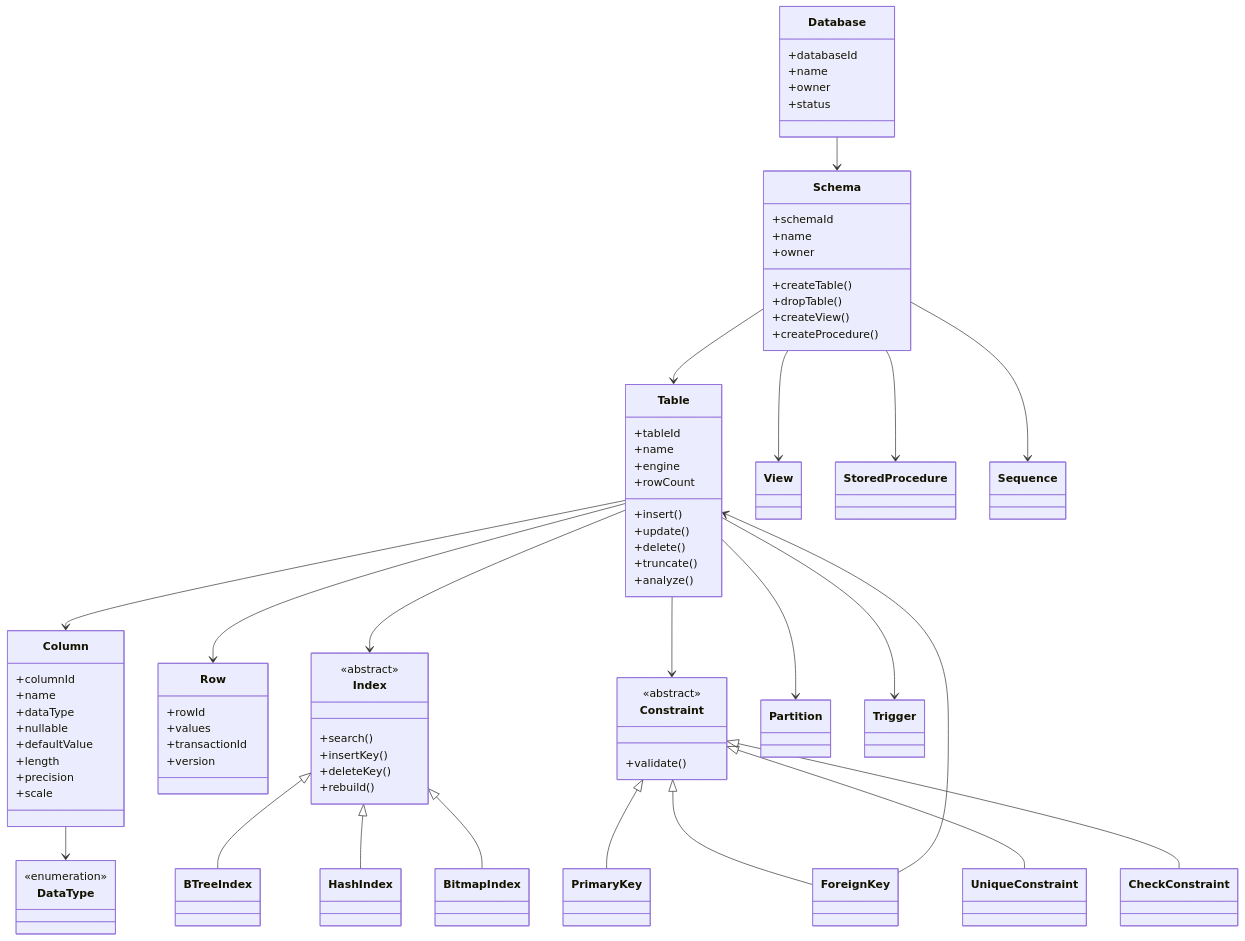
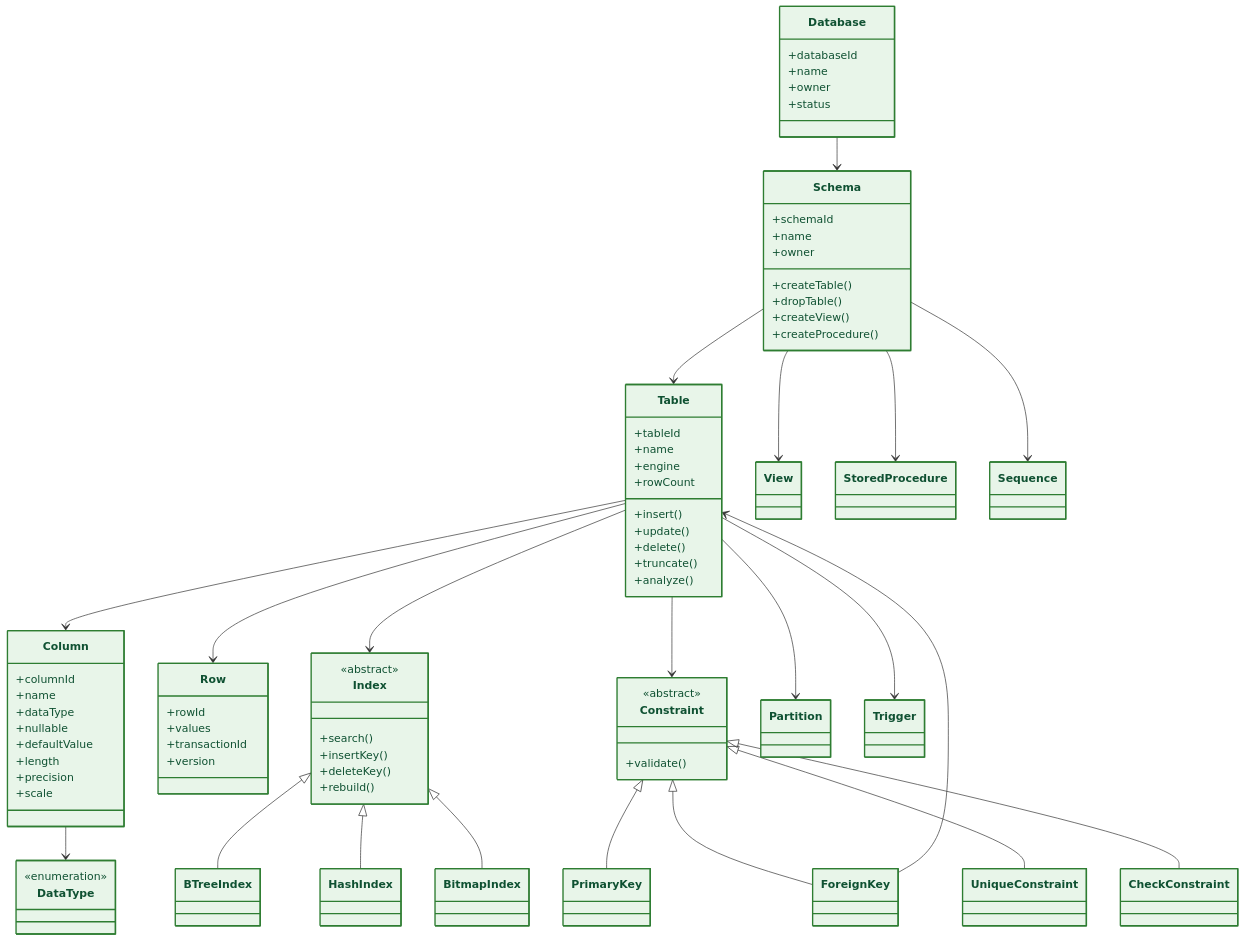
The fifth of 19 diagrams in docs/README.md (Huy1801214/dbms-architecture), drawn with Mermaid before and after one commit. The commit also changed other lines of this file, not shown here.

Commit message:
add system architecture and class diagrams for DBMS design

````diff
--- a/docs/README.md
+++ b/docs/README.md
@@ -638,4 +751,28 @@
 Index <|-- BitmapIndex
 
 ForeignKey --> Table
+
+%% =====================================================
+%% STYLING DEFINITIONS
+%% =====================================================
+style Database fill:#e8f5e9,stroke:#2e7d32,stroke-width:2px,color:#0f5132
+style Schema fill:#e8f5e9,stroke:#2e7d32,stroke-width:2px,color:#0f5132
+style Table fill:#e8f5e9,stroke:#2e7d32,stroke-width:2px,color:#0f5132
+style Column fill:#e8f5e9,stroke:#2e7d32,stroke-width:2px,color:#0f5132
+style Row fill:#e8f5e9,stroke:#2e7d32,stroke-width:2px,color:#0f5132
+style DataType fill:#e8f5e9,stroke:#2e7d32,stroke-width:2px,color:#0f5132
+style Constraint fill:#e8f5e9,stroke:#2e7d32,stroke-width:2px,color:#0f5132
+style PrimaryKey fill:#e8f5e9,stroke:#2e7d32,stroke-width:2px,color:#0f5132
+style ForeignKey fill:#e8f5e9,stroke:#2e7d32,stroke-width:2px,color:#0f5132
+style UniqueConstraint fill:#e8f5e9,stroke:#2e7d32,stroke-width:2px,color:#0f5132
+style CheckConstraint fill:#e8f5e9,stroke:#2e7d32,stroke-width:2px,color:#0f5132
+style Index fill:#e8f5e9,stroke:#2e7d32,stroke-width:2px,color:#0f5132
+style BTreeIndex fill:#e8f5e9,stroke:#2e7d32,stroke-width:2px,color:#0f5132
+style HashIndex fill:#e8f5e9,stroke:#2e7d32,stroke-width:2px,color:#0f5132
+style BitmapIndex fill:#e8f5e9,stroke:#2e7d32,stroke-width:2px,color:#0f5132
+style Partition fill:#e8f5e9,stroke:#2e7d32,stroke-width:2px,color:#0f5132
+style View fill:#e8f5e9,stroke:#2e7d32,stroke-width:2px,color:#0f5132
+style StoredProcedure fill:#e8f5e9,stroke:#2e7d32,stroke-width:2px,color:#0f5132
+style Trigger fill:#e8f5e9,stroke:#2e7d32,stroke-width:2px,color:#0f5132
+style Sequence fill:#e8f5e9,stroke:#2e7d32,stroke-width:2px,color:#0f5132
 ```
````
